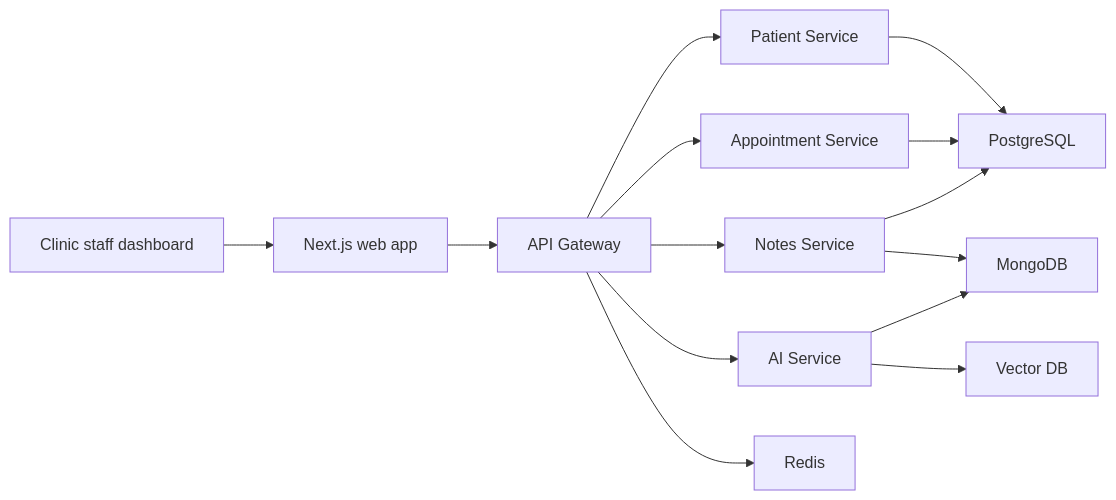
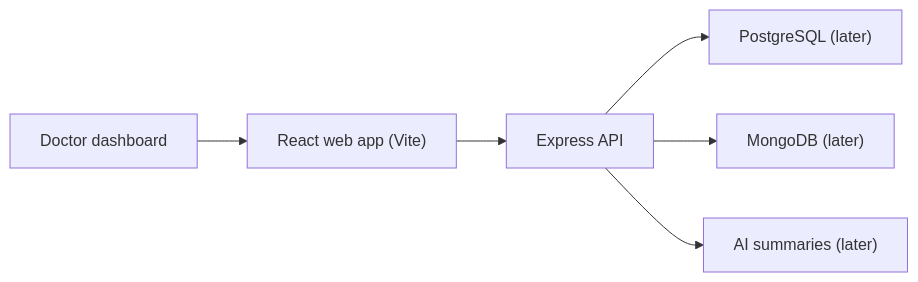
Before and after one commit to ZiadAbillama/clinic-ai-copilot: the diagram in README.md, drawn with Mermaid. The commit also changed other lines of this file and 36 other files, not shown here.

````diff
--- a/README.md
+++ b/README.md
@@ -18,16 +19,8 @@
 ```mermaid
 flowchart LR
-    Staff["Clinic staff dashboard"] --> Web["Next.js web app"]
-    Web --> Api["API Gateway"]
-    Api --> Patients["Patient Service"]
-    Api --> Appointments["Appointment Service"]
-    Api --> Notes["Notes Service"]
-    Api --> Ai["AI Service"]
-    Patients --> Postgres["PostgreSQL"]
-    Appointments --> Postgres
-    Notes --> Postgres
-    Notes --> Mongo["MongoDB"]
-    Ai --> Mongo
-    Ai --> VectorDb["Vector DB"]
-    Api --> Redis["Redis"]
+    Doctor["Doctor dashboard"] --> Web["React web app (Vite)"]
+    Web --> Api["Express API"]
+    Api --> Postgres["PostgreSQL (later)"]
+    Api --> Mongo["MongoDB (later)"]
+    Api --> Ai["AI summaries (later)"]
 ```
````
